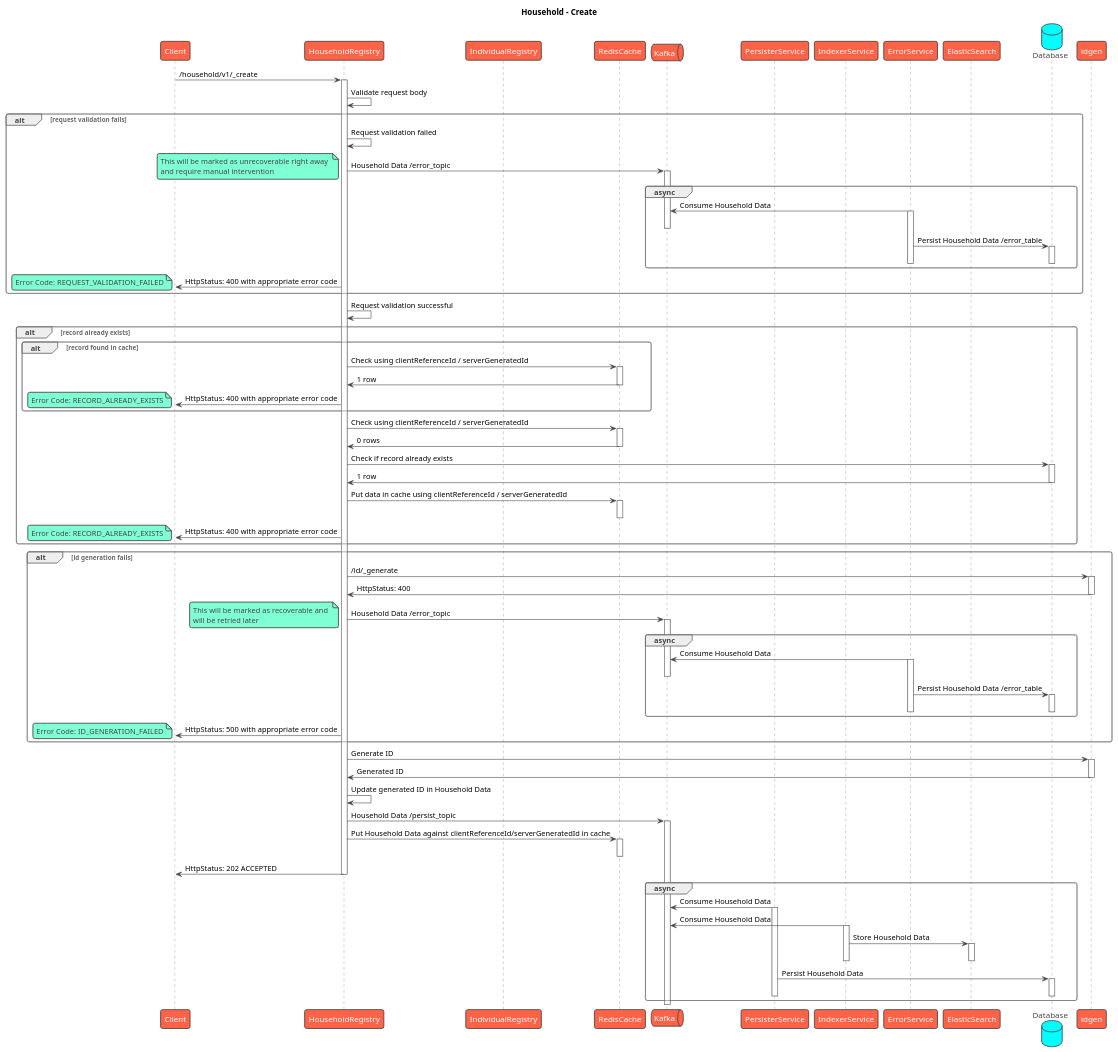
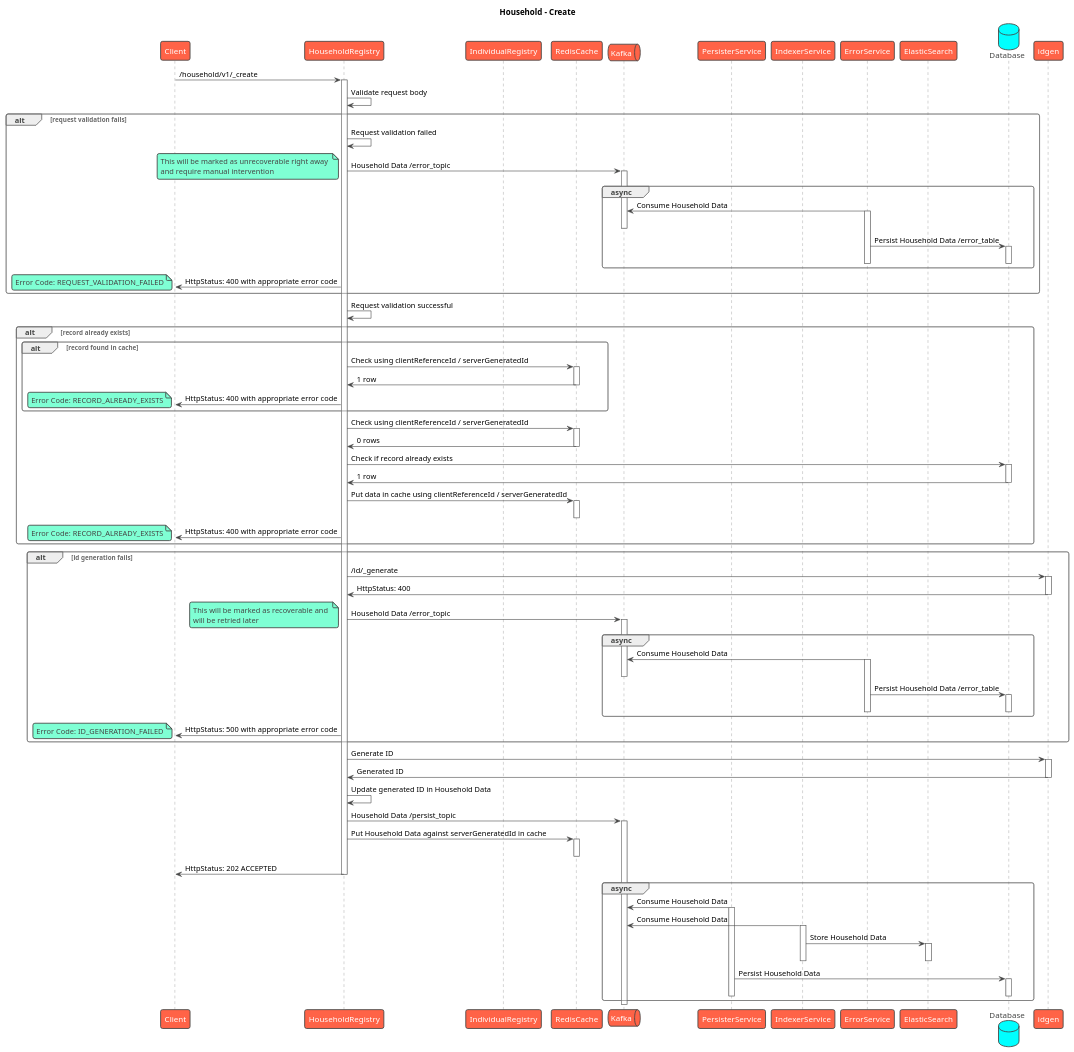
Before and after one commit to egovernments/health-api-specs: the diagram in contracts/registries/household/sequence/create.puml, drawn with PlantUML. The commit also changed 5 other files, not shown here.

First line of the commit message:
Sequence: Removed clientReferenceId

```diff
--- a/contracts/registries/household/sequence/create.puml
+++ b/contracts/registries/household/sequence/create.puml
@@ -1,159 +1,159 @@
 @startuml
 title Household - Create
 !theme vibrant
 participant Client as c
 participant HouseholdRegistry as s
 participant IndividualRegistry as s2
 participant RedisCache as rc
 queue Kafka as k
 participant PersisterService as prs
 participant IndexerService as idx
 participant ErrorService as es
 participant ElasticSearch as el
 database Database as db
 c -> s : /household/v1/_create
 activate s
 s -> s: Validate request body
 alt request validation fails
     s -> s: Request validation failed
     s -> k: Household Data /error_topic
     note left
         This will be marked as unrecoverable right away 
         and require manual intervention
     end note
     activate k
     group async
         es -> k: Consume Household Data
         activate es
         deactivate k
         es -> db: Persist Household Data /error_table
         activate db
         deactivate db
         deactivate es
     end
     s -> c: HttpStatus: 400 with appropriate error code
     note left
         Error Code: REQUEST_VALIDATION_FAILED
     end note
 end
 s -> s: Request validation successful
 alt record already exists
     alt record found in cache
       s -> rc: Check using clientReferenceId / serverGeneratedId
       activate rc
       rc -> s: 1 row
       deactivate rc
       s -> c: HttpStatus: 400 with appropriate error code
       note left
           Error Code: RECORD_ALREADY_EXISTS
       end note
     end
     s -> rc: Check using clientReferenceId / serverGeneratedId
     activate rc
     rc -> s: 0 rows
     deactivate rc
     s -> db: Check if record already exists
     activate db
     db -> s: 1 row
     deactivate db
     s -> rc: Put data in cache using clientReferenceId / serverGeneratedId
     activate rc
     deactivate rc
     s -> c: HttpStatus: 400 with appropriate error code
     note left
         Error Code: RECORD_ALREADY_EXISTS
     end note
 end
 'alt individual(s) don't exist [loop on all individualId(s) in request]
 '    s -> s2: /individual/v1/_search
 '    activate s2
 '    s2 -> s: 0 rows
 '    deactivate s2
 '    s -> k: Household Data /error_topic
 '    note left
 '        This will be marked as recoverable and will be
 '        retried later
 '    end note
 '    activate k
 '    group async
 '        es -> k: Consume Household Data
 '        activate es
 '        deactivate k
 '        es -> db: Persist Household Data /error_table
 '        activate db
 '        deactivate db
 '        deactivate es
 '    end
 '    s -> c: HttpStatus: 400 with appropriate error code
 '    note left
 '        Error Code: DEPENDENCY_ERROR
 '    end note
 'end
 's -> s2: /individual/v1/_search
 'activate s2
 's2 -> s: 1 row
 'deactivate s2
-'s -> db: Get Individual/Household mapping using individual clientReferenceId/serverGeneratedId [loop on all individualId(s) in request]]
+'s -> db: Get Individual/Household mapping using individual serverGeneratedId [loop on all individualId(s) in request]]
 'activate db
 'alt mapping record found
 '  db -> s: 1 row
 '  deactivate db
 '  s -> c: HttpStatus: 400 with appropriate error code
 '  note left
 '      Error Code: BAD_REQUEST
 '      Ensures that the individual is not already linked to a household
 '  end note
 'end
 alt id generation fails
     s -> idgen: /id/_generate
     activate idgen
     idgen -> s: HttpStatus: 400
     deactivate idgen
     s -> k: Household Data /error_topic
     note left
         This will be marked as recoverable and 
         will be retried later
     end note
     activate k
     group async
         es -> k: Consume Household Data
         activate es
         deactivate k
         es -> db: Persist Household Data /error_table
         activate db
         deactivate db
         deactivate es
     end
     s -> c: HttpStatus: 500 with appropriate error code
     note left
       Error Code: ID_GENERATION_FAILED
     end note
 end
 s -> idgen: Generate ID
 activate idgen
 idgen -> s: Generated ID
 deactivate idgen
 s -> s: Update generated ID in Household Data
 s -> k: Household Data /persist_topic
 activate k
-s -> rc: Put Household Data against clientReferenceId/serverGeneratedId in cache
+s -> rc: Put Household Data against serverGeneratedId in cache
 activate rc
 deactivate rc
 s -> c: HttpStatus: 202 ACCEPTED
 deactivate s
 group async
     prs -> k: Consume Household Data
     activate prs
     idx -> k: Consume Household Data
     activate idx
     idx -> el: Store Household Data
     activate el
     deactivate el
     deactivate idx
     prs -> db: Persist Household Data
     activate db
     deactivate db
     deactivate prs
 end
 deactivate k
 @enduml
```
